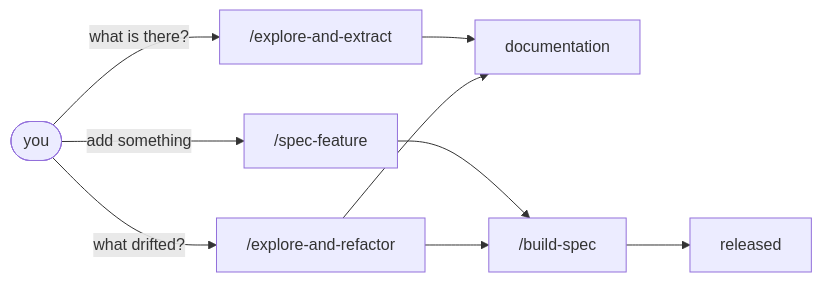
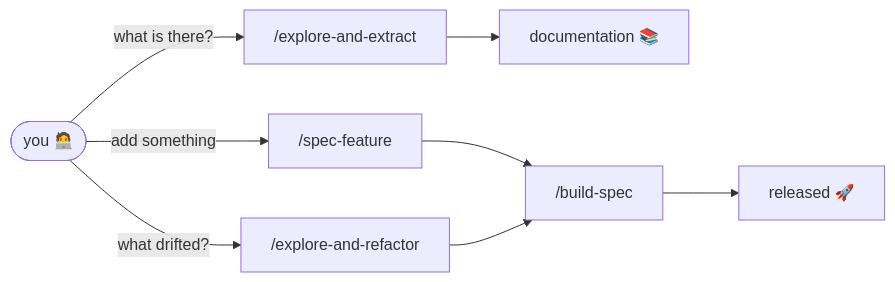
The first of 4 diagrams in src/content/docs/workflow.md (AlbertoBasalo/aiddbot-com), drawn with Mermaid before and after one commit. The commit also changed other lines of this file and 120 other files, not shown here.

````diff
--- a/src/content/docs/workflow.md
+++ b/src/content/docs/workflow.md
@@ -32,12 +32,11 @@
 ```mermaid
 flowchart LR
-  YOU([you])
+  YOU([you 🧑‍💻])
   YOU -->|what is there?| EXP["/explore-and-extract"]
   YOU -->|add something| FEA["/spec-feature"]
   YOU -->|what drifted?| DRF["/explore-and-refactor"]
-  EXP --> DOC[documentation]
+  EXP --> DOC[documentation 📚]
   FEA --> BLD["/build-spec"]
-  DRF --> DOC
   DRF --> BLD
-  BLD --> REL[released]
+  BLD --> REL[released 🚀]
 ```
````
